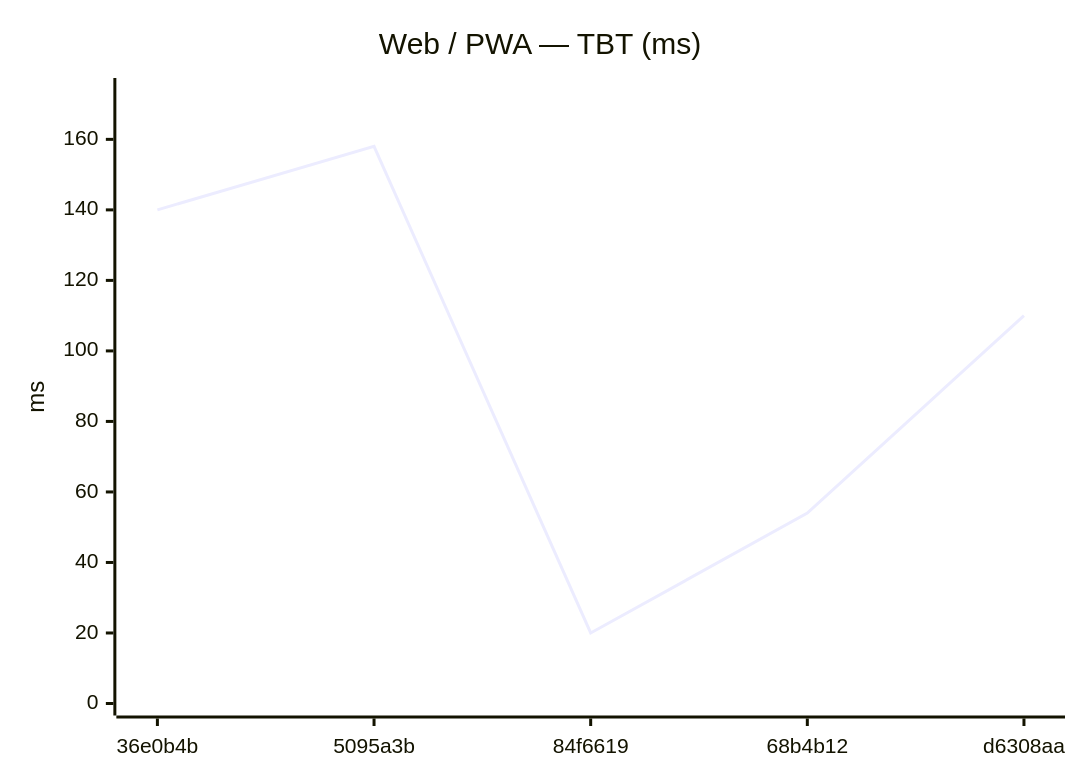
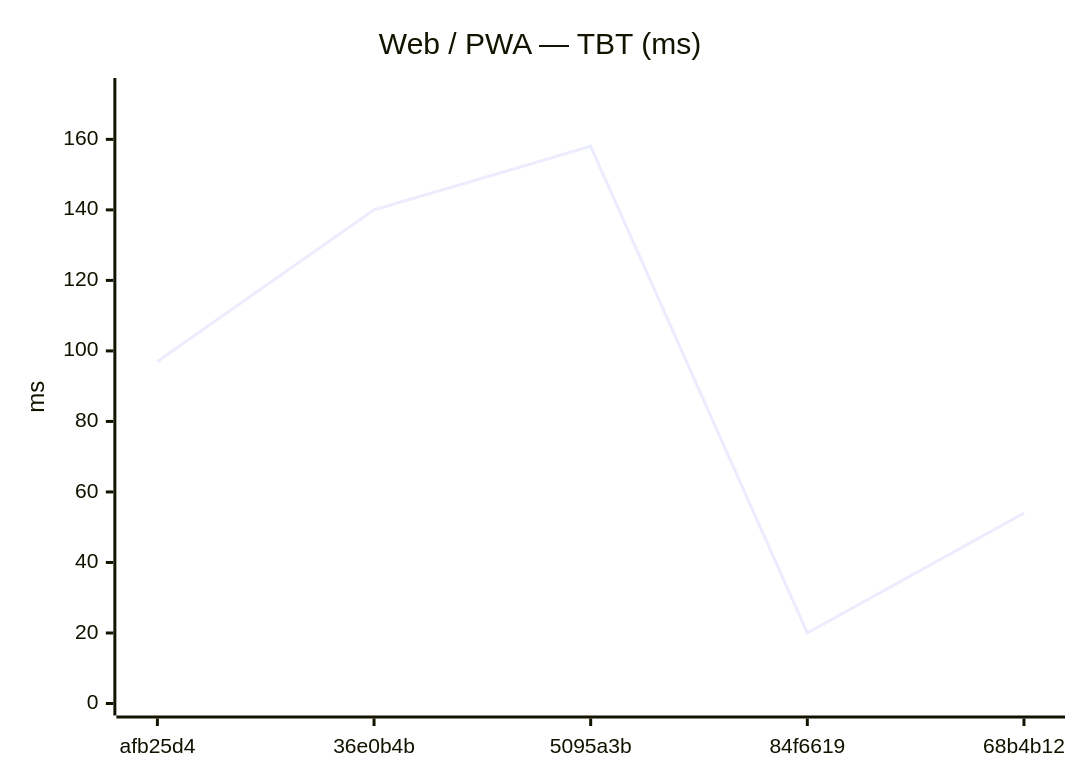
The eighth of 18 diagrams in benchmarks/compare.md (Metaheurist/Rianell), drawn with Mermaid before and after one commit. The commit also changed other lines of this file and 11 other files, not shown here.

````diff
--- a/benchmarks/compare.md
+++ b/benchmarks/compare.md
@@ -124,7 +124,7 @@
 ```mermaid
 xychart-beta
     title "Web / PWA — TBT (ms)"
-    x-axis ["36e0b4b", "5095a3b", "84f6619", "68b4b12", "d6308aa"]
+    x-axis ["afb25d4", "36e0b4b", "5095a3b", "84f6619", "68b4b12"]
     y-axis "ms" 0 --> 174
-    line [140, 158, 20, 54, 110]
+    line [97, 140, 158, 20, 54]
 ```
````
